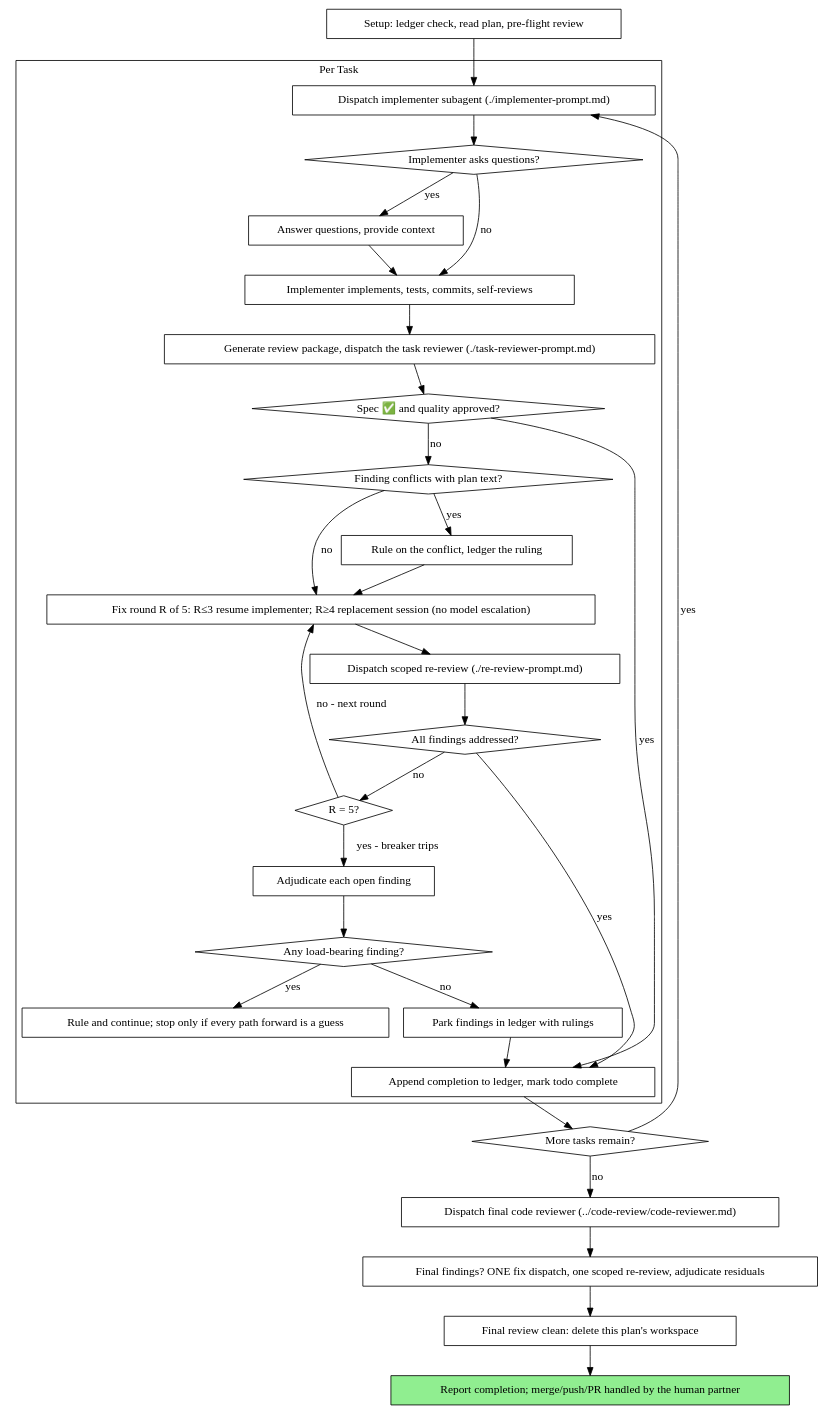
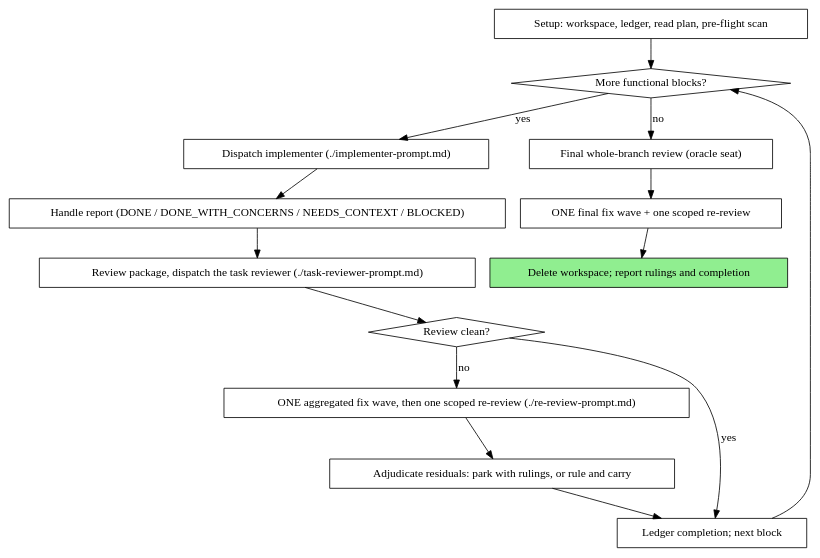
Before and after one commit to yfx2726269/superpowers: the second of 2 diagrams in skills/subagent-driven-development/SKILL.md, drawn with Graphviz. The commit also changed other lines of this file and 6 other files, not shown here.

````diff
--- a/skills/subagent-driven-development/SKILL.md
+++ b/skills/subagent-driven-development/SKILL.md
@@ -71,62 +68,32 @@
 ```dot
 digraph process {
     rankdir=TB;
 
-    subgraph cluster_per_task {
-        label="Per Task";
-        "Dispatch implementer subagent (./implementer-prompt.md)" [shape=box];
-        "Implementer asks questions?" [shape=diamond];
-        "Answer questions, provide context" [shape=box];
-        "Implementer implements, tests, commits, self-reviews" [shape=box];
-        "Generate review package, dispatch the task reviewer (./task-reviewer-prompt.md)" [shape=box];
-        "Spec ✅ and quality approved?" [shape=diamond];
-        "Finding conflicts with plan text?" [shape=diamond];
-        "Rule on the conflict, ledger the ruling" [shape=box];
-        "Fix round R of 5: R≤3 resume implementer; R≥4 replacement session (no model escalation)" [shape=box];
-        "Dispatch scoped re-review (./re-review-prompt.md)" [shape=box];
-        "All findings addressed?" [shape=diamond];
-        "R = 5?" [shape=diamond];
-        "Adjudicate each open finding" [shape=box];
-        "Any load-bearing finding?" [shape=diamond];
-        "Rule and continue; stop only if every path forward is a guess" [shape=box];
-        "Park findings in ledger with rulings" [shape=box];
-        "Append completion to ledger, mark todo complete" [shape=box];
-    }
+    "Setup: workspace, ledger, read plan, pre-flight scan" [shape=box];
+    "More functional blocks?" [shape=diamond];
+    "Dispatch implementer (./implementer-prompt.md)" [shape=box];
+    "Handle report (DONE / DONE_WITH_CONCERNS / NEEDS_CONTEXT / BLOCKED)" [shape=box];
+    "Review package, dispatch the task reviewer (./task-reviewer-prompt.md)" [shape=box];
+    "Review clean?" [shape=diamond];
+    "ONE aggregated fix wave, then one scoped re-review (./re-review-prompt.md)" [shape=box];
+    "Adjudicate residuals: park with rulings, or rule and carry" [shape=box];
+    "Ledger completion; next block" [shape=box];
+    "Final whole-branch review (oracle seat)" [shape=box];
+    "ONE final fix wave + one scoped re-review" [shape=box];
+    "Delete workspace; report rulings and completion" [shape=box style=filled fillcolor=lightgreen];
 
-    "Setup: ledger check, read plan, pre-flight review" [shape=box];
-    "More tasks remain?" [shape=diamond];
-    "Dispatch final code reviewer (../code-review/code-reviewer.md)" [shape=box];
-    "Final findings? ONE fix dispatch, one scoped re-review, adjudicate residuals" [shape=box];
-    "Final review clean: delete this plan's workspace" [shape=box];
-    "Report completion; merge/push/PR handled by the human partner" [shape=box style=filled fillcolor=lightgreen];
-
-    "Setup: ledger check, read plan, pre-flight review" -> "Dispatch implementer subagent (./implementer-prompt.md)";
-    "Dispatch implementer subagent (./implementer-prompt.md)" -> "Implementer asks questions?";
-    "Implementer asks questions?" -> "Answer questions, provide context" [label="yes"];
-    "Answer questions, provide context" -> "Implementer implements, tests, commits, self-reviews";
-    "Implementer asks questions?" -> "Implementer implements, tests, commits, self-reviews" [label="no"];
-    "Implementer implements, tests, commits, self-reviews" -> "Generate review package, dispatch the task reviewer (./task-reviewer-prompt.md)";
-    "Generate review package, dispatch the task reviewer (./task-reviewer-prompt.md)" -> "Spec ✅ and quality approved?";
-    "Spec ✅ and quality approved?" -> "Append completion to ledger, mark todo complete" [label="yes"];
-    "Spec ✅ and quality approved?" -> "Finding conflicts with plan text?" [label="no"];
-    "Finding conflicts with plan text?" -> "Rule on the conflict, ledger the ruling" [label="yes"];
-    "Rule on the conflict, ledger the ruling" -> "Fix round R of 5: R≤3 resume implementer; R≥4 replacement session (no model escalation)";
-    "Finding conflicts with plan text?" -> "Fix round R of 5: R≤3 resume implementer; R≥4 replacement session (no model escalation)" [label="no"];
-    "Fix round R of 5: R≤3 resume implementer; R≥4 replacement session (no model escalation)" -> "Dispatch scoped re-review (./re-review-prompt.md)";
-    "Dispatch scoped re-review (./re-review-prompt.md)" -> "All findings addressed?";
-    "All findings addressed?" -> "Append completion to ledger, mark todo complete" [label="yes"];
-    "All findings addressed?" -> "R = 5?" [label="no"];
-    "R = 5?" -> "Fix round R of 5: R≤3 resume implementer; R≥4 replacement session (no model escalation)" [label="no - next round"];
-    "R = 5?" -> "Adjudicate each open finding" [label="yes - breaker trips"];
-    "Adjudicate each open finding" -> "Any load-bearing finding?";
-    "Any load-bearing finding?" -> "Rule and continue; stop only if every path forward is a guess" [label="yes"];
-    "Any load-bearing finding?" -> "Park findings in ledger with rulings" [label="no"];
-    "Park findings in ledger with rulings" -> "Append completion to ledger, mark todo complete";
-    "Append completion to ledger, mark todo complete" -> "More tasks remain?";
-    "More tasks remain?" -> "Dispatch implementer subagent (./implementer-prompt.md)" [label="yes"];
-    "More tasks remain?" -> "Dispatch final code reviewer (../code-review/code-reviewer.md)" [label="no"];
-    "Dispatch final code reviewer (../code-review/code-reviewer.md)" -> "Final findings? ONE fix dispatch, one scoped re-review, adjudicate residuals";
-    "Final findings? ONE fix dispatch, one scoped re-review, adjudicate residuals" -> "Final review clean: delete this plan's workspace";
-    "Final review clean: delete this plan's workspace" -> "Report completion; merge/push/PR handled by the human partner";
+    "Setup: workspace, ledger, read plan, pre-flight scan" -> "More functional blocks?";
+    "More functional blocks?" -> "Dispatch implementer (./implementer-prompt.md)" [label="yes"];
+    "More functional blocks?" -> "Final whole-branch review (oracle seat)" [label="no"];
+    "Dispatch implementer (./implementer-prompt.md)" -> "Handle report (DONE / DONE_WITH_CONCERNS / NEEDS_CONTEXT / BLOCKED)";
+    "Handle report (DONE / DONE_WITH_CONCERNS / NEEDS_CONTEXT / BLOCKED)" -> "Review package, dispatch the task reviewer (./task-reviewer-prompt.md)";
+    "Review package, dispatch the task reviewer (./task-reviewer-prompt.md)" -> "Review clean?";
+    "Review clean?" -> "Ledger completion; next block" [label="yes"];
+    "Review clean?" -> "ONE aggregated fix wave, then one scoped re-review (./re-review-prompt.md)" [label="no"];
+    "ONE aggregated fix wave, then one scoped re-review (./re-review-prompt.md)" -> "Adjudicate residuals: park with rulings, or rule and carry";
+    "Adjudicate residuals: park with rulings, or rule and carry" -> "Ledger completion; next block";
+    "Ledger completion; next block" -> "More functional blocks?";
+    "Final whole-branch review (oracle seat)" -> "ONE final fix wave + one scoped re-review";
+    "ONE final fix wave + one scoped re-review" -> "Delete workspace; report rulings and completion";
 }
 ```
````
